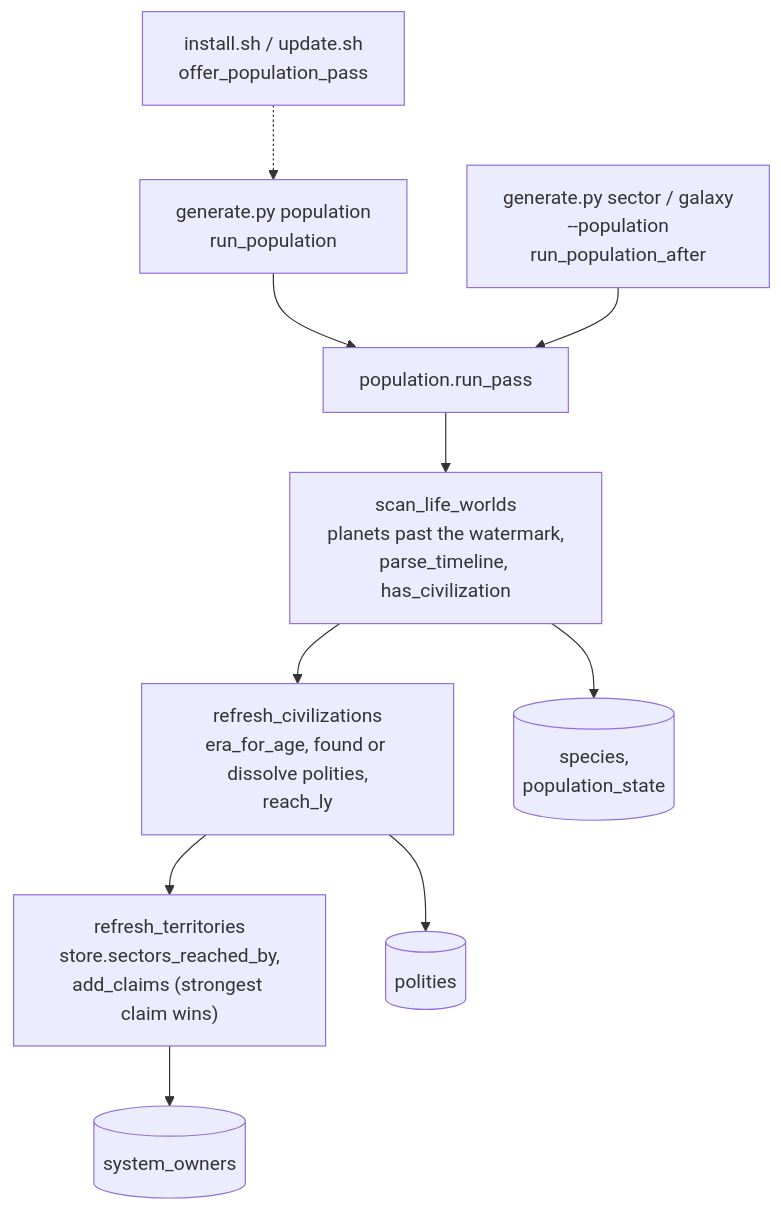
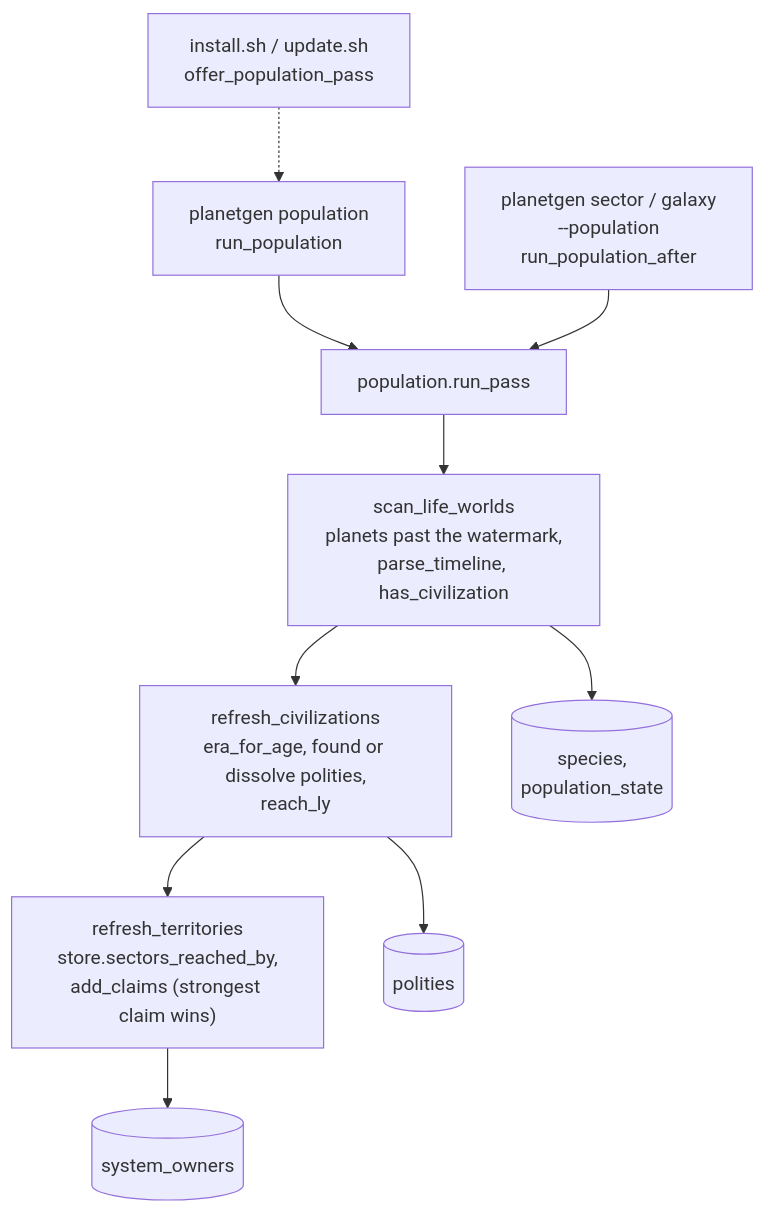
The third of 8 diagrams in docs/design/architecture.md (dwhagar/planetGen), drawn with Mermaid before and after one commit. The commit also changed other lines of this file and 127 other files, not shown here.

First line of the commit message:
Split generate.py into planetgen.generation.run_* and planetgen.cli.generate (OPS.24 step 14a) (#472)

````diff
--- a/docs/design/architecture.md
+++ b/docs/design/architecture.md
@@ -463,12 +463,12 @@
 ```mermaid
 flowchart TD
-    PopCLI["generate.py population<br/>run_population"] --> Pass["population.run_pass"]
-    After["generate.py sector / galaxy<br/>--population<br/>run_population_after"] --> Pass
+    PopCLI["planetgen population<br/>run_population"] --> Pass["population.run_pass"]
+    After["planetgen sector / galaxy<br/>--population<br/>run_population_after"] --> Pass
     Inst["install.sh / update.sh<br/>offer_population_pass"] -.-> PopCLI
     Pass --> Scan["scan_life_worlds<br/>planets past the watermark,<br/>parse_timeline, has_civilization"]
     Scan --> Civ["refresh_civilizations<br/>era_for_age, found or dissolve polities,<br/>reach_ly"]
     Civ --> Terr["refresh_territories<br/>store.sectors_reached_by,<br/>add_claims (strongest claim wins)"]
     Scan --> PT[("species,<br/>population_state")]
     Civ --> Pol[("polities")]
     Terr --> SO[("system_owners")]
 ```
````
